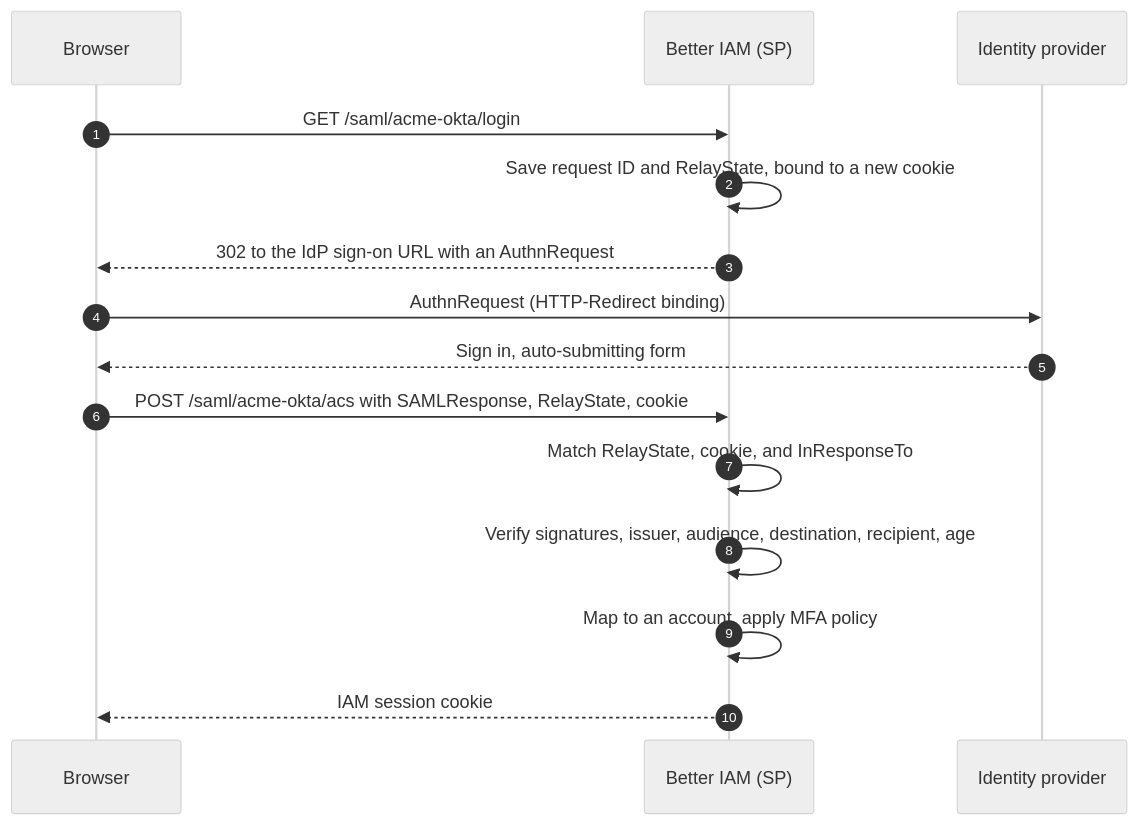
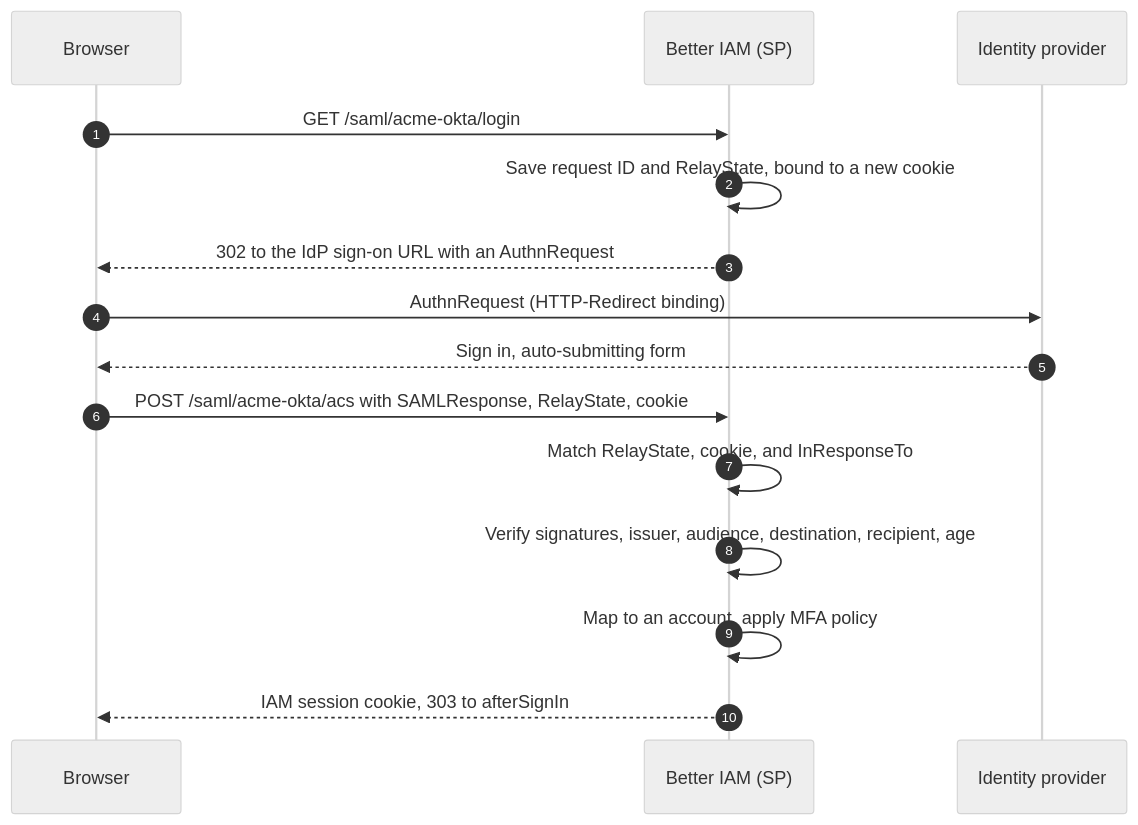
The diagram in apps/docs/content/docs/federation/saml.mdx (Better-IAM/better-iam), drawn with Mermaid (neutral theme) before and after one commit. The commit also changed other lines of this file and 36 other files, not shown here.

````diff
--- a/apps/docs/content/docs/federation/saml.mdx
+++ b/apps/docs/content/docs/federation/saml.mdx
@@ -48,17 +48,17 @@
 ```mermaid
 sequenceDiagram
   autonumber
   participant B as Browser
   participant SP as Better IAM (SP)
   participant IdP as Identity provider
   B->>SP: GET /saml/acme-okta/login
   SP->>SP: Save request ID and RelayState, bound to a new cookie
   SP-->>B: 302 to the IdP sign-on URL with an AuthnRequest
   B->>IdP: AuthnRequest (HTTP-Redirect binding)
   IdP-->>B: Sign in, auto-submitting form
   B->>SP: POST /saml/acme-okta/acs with SAMLResponse, RelayState, cookie
   SP->>SP: Match RelayState, cookie, and InResponseTo
   SP->>SP: Verify signatures, issuer, audience, destination, recipient, age
   SP->>SP: Map to an account, apply MFA policy
-  SP-->>B: IAM session cookie
+  SP-->>B: IAM session cookie, 303 to afterSignIn
 ```
````
